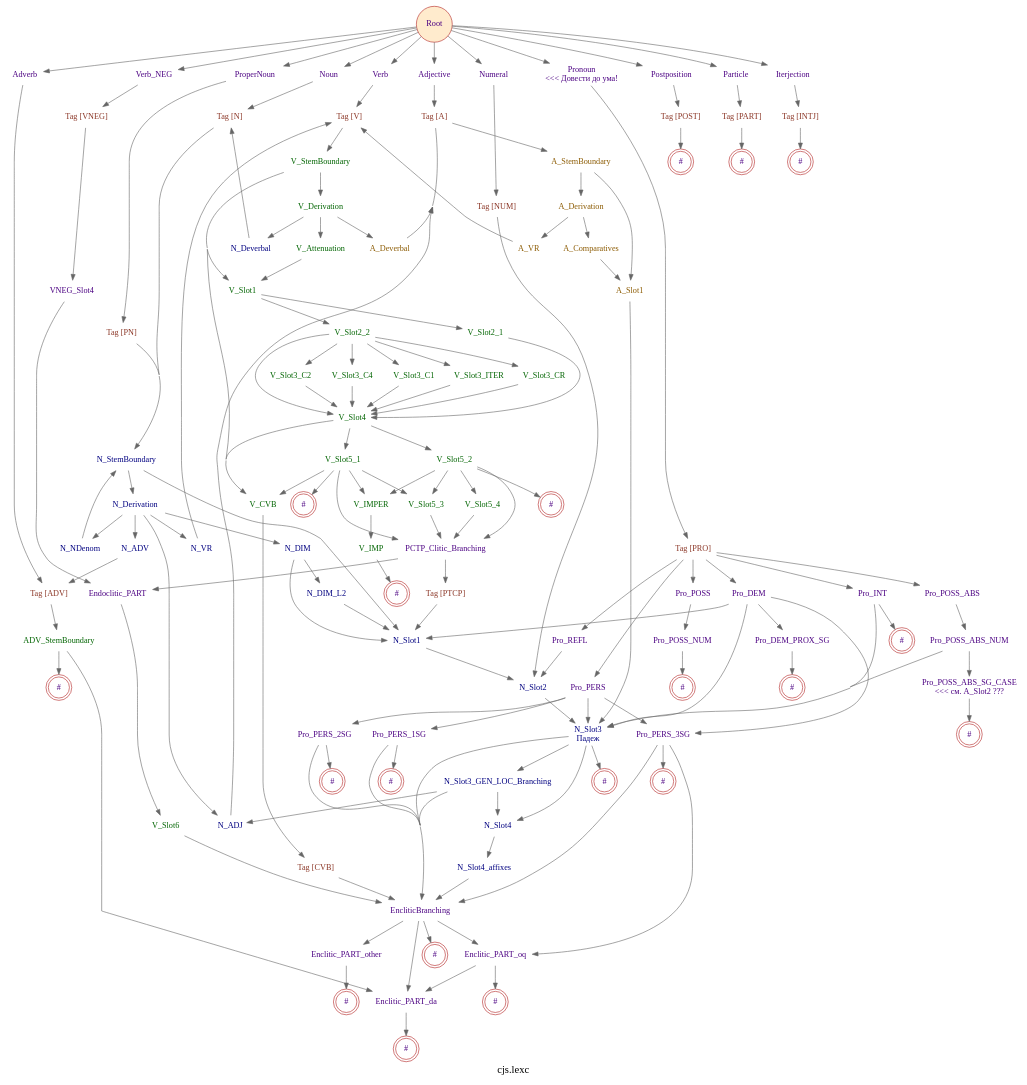
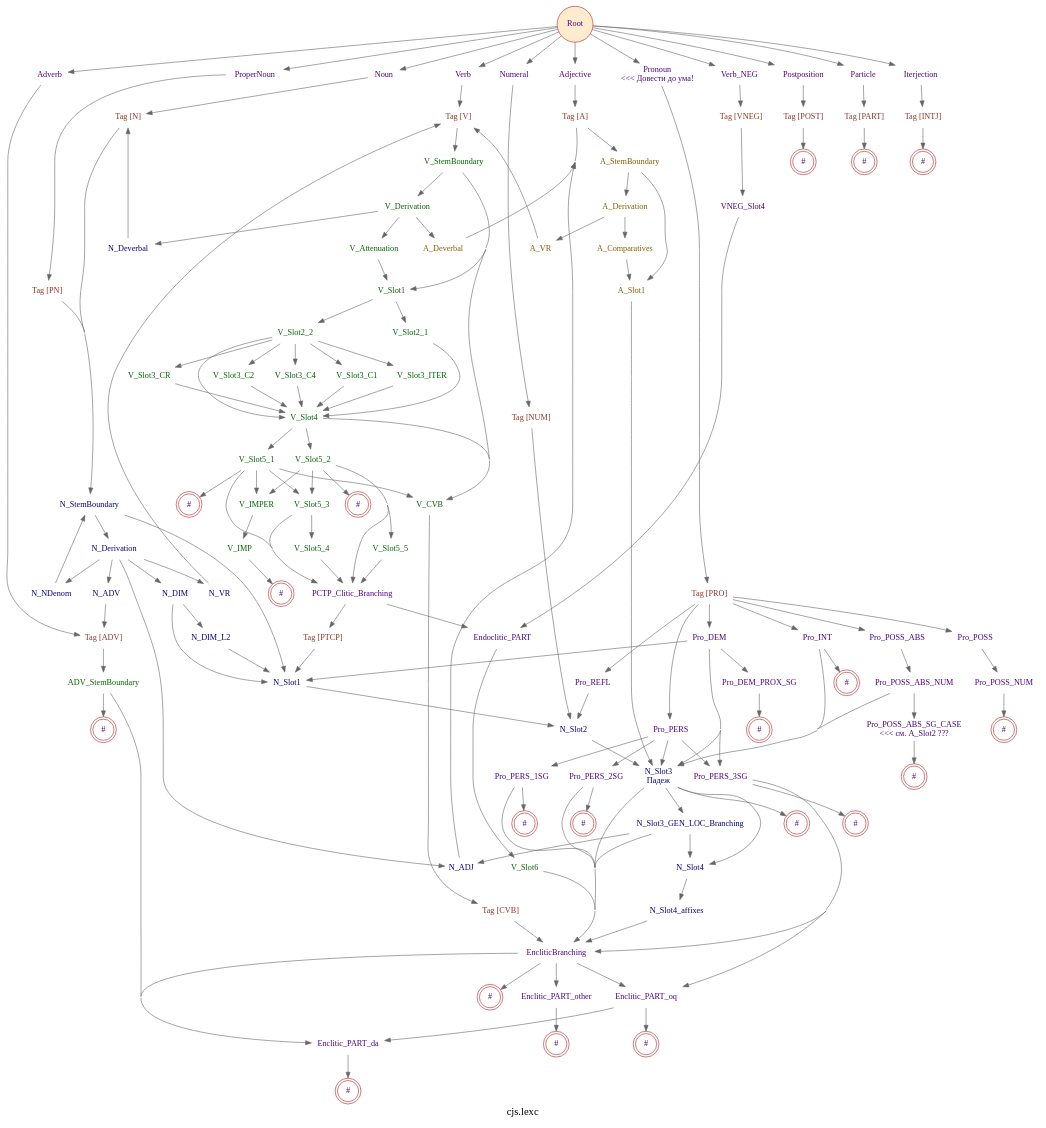
Before and after one commit to kyrill-shakhovtsov/cjs-morphology-fst: the diagram in doc/cjs.lexc.gv, drawn with Graphviz. The commit also changed 5 other files, not shown here.

```diff
--- a/doc/cjs.lexc.gv
+++ b/doc/cjs.lexc.gv
@@ -11,15 +11,6 @@
 		shape=none
 	];
 	edge [color=gray40];
-	subgraph Tags {
-		graph [rank=same];
-		Tag_N	[fontcolor=tomato4,
-			label="Tag [N]"];
-		Tag_V	[fontcolor=tomato4,
-			label="Tag [V]"];
-		Tag_A	[fontcolor=tomato4,
-			label="Tag [A]"];
-	}
 	subgraph POS {
 		graph [rank=same];
 		Noun	[label=Noun];
@@ -33,6 +24,15 @@
 		Adverb	[label=Adverb];
 		Particle	[label=Particle];
 		Iterjection	[label=Iterjection];
+	}
+	subgraph Tags {
+		graph [rank=same];
+		Tag_N	[fontcolor=tomato4,
+			label="Tag [N]"];
+		Tag_V	[fontcolor=tomato4,
+			label="Tag [V]"];
+		Tag_A	[fontcolor=tomato4,
+			label="Tag [A]"];
 	}
 	Root	[color=firebrick,
 		fillcolor=blanchedalmond,
@@ -186,14 +186,17 @@
 	V_Slot5_2 -> V_Slot5_3;
 	V_Slot5_2 -> PCTP_Clitic_Branching;
 	V_Slot5_2 -> V_IMPER;
-	V_Slot5_4	[fontcolor=darkgreen,
-		label=V_Slot5_4];
-	V_Slot5_2 -> V_Slot5_4;
+	V_Slot5_5	[fontcolor=darkgreen,
+		label=V_Slot5_5];
+	V_Slot5_2 -> V_Slot5_5;
 	"V_Slot5_2_#"	[color=firebrick,
 		label="#",
 		shape=doublecircle];
 	V_Slot5_2 -> "V_Slot5_2_#";
 	V_Slot5_3 -> PCTP_Clitic_Branching;
+	V_Slot5_4	[fontcolor=darkgreen,
+		label=V_Slot5_4];
+	V_Slot5_3 -> V_Slot5_4;
 	PCTP_Clitic_Branching -> Endoclitic_PART;
 	Tag_PTCP	[fontcolor=tomato4,
 		label="Tag [PTCP]"];
@@ -201,6 +204,7 @@
 	V_IMP	[fontcolor=darkgreen,
 		label=V_IMP];
 	V_IMPER -> V_IMP;
+	V_Slot5_5 -> PCTP_Clitic_Branching;
 	V_Slot5_4 -> PCTP_Clitic_Branching;
 	V_Slot6	[fontcolor=darkgreen,
 		label=V_Slot6];
```
